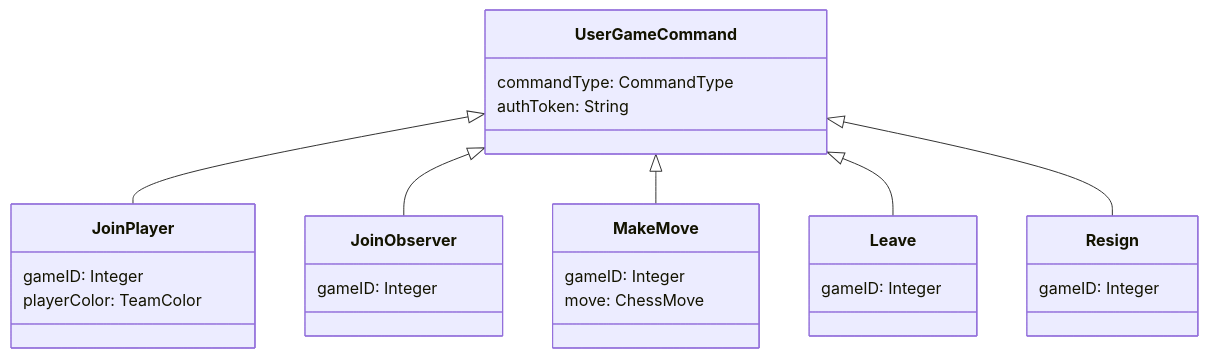
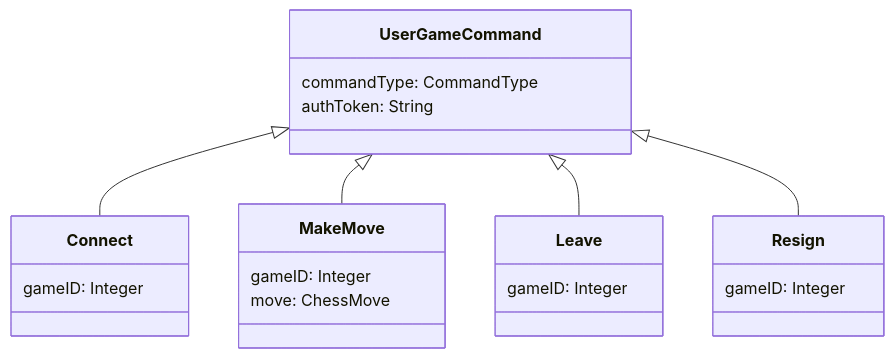
One commit to softwareconstruction240/softwareconstruction changed the first of 2 diagrams in chess/6-gameplay/gameplay.md. Above: the diagram before and after it, drawn with Mermaid. The commit also changed other lines of this file, not shown here.

````diff
--- a/chess/6-gameplay/gameplay.md
+++ b/chess/6-gameplay/gameplay.md
@@ -103,29 +101,24 @@
 ```mermaid
 classDiagram
     class UserGameCommand {
         commandType: CommandType
         authToken: String
     }
-    class JoinPlayer {
-        gameID: Integer
-        playerColor: TeamColor
-    }
-    class JoinObserver {
+    class Connect {
         gameID: Integer
     }
     class MakeMove {
         gameID: Integer
         move: ChessMove
     }
     class Leave {
         gameID: Integer
     }
     class Resign {
         gameID: Integer
     }
-    UserGameCommand <|-- JoinPlayer
-    UserGameCommand <|-- JoinObserver
+    UserGameCommand <|-- Connect
     UserGameCommand <|-- MakeMove
     UserGameCommand <|-- Leave
     UserGameCommand <|-- Resign
 ```
````
